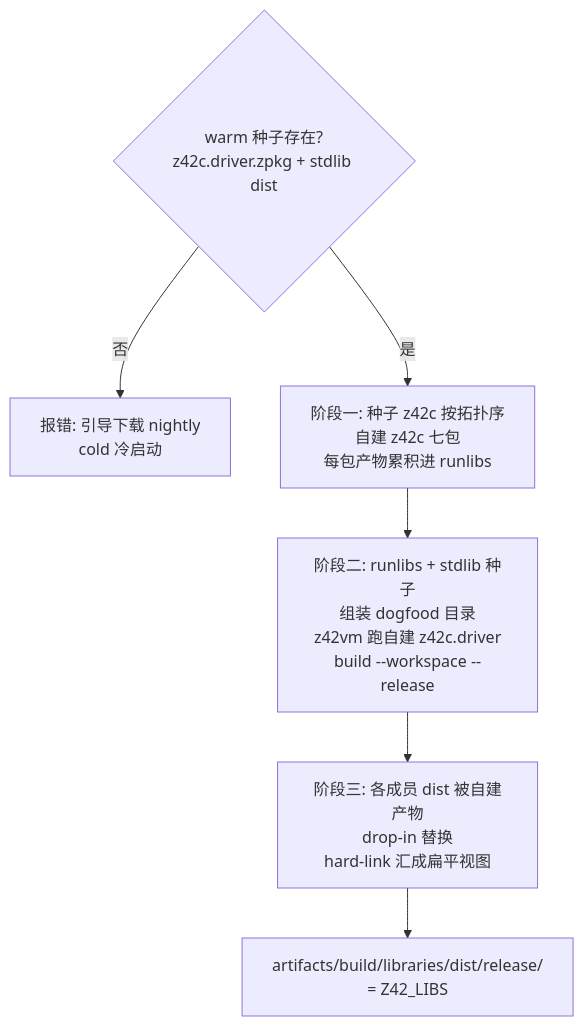
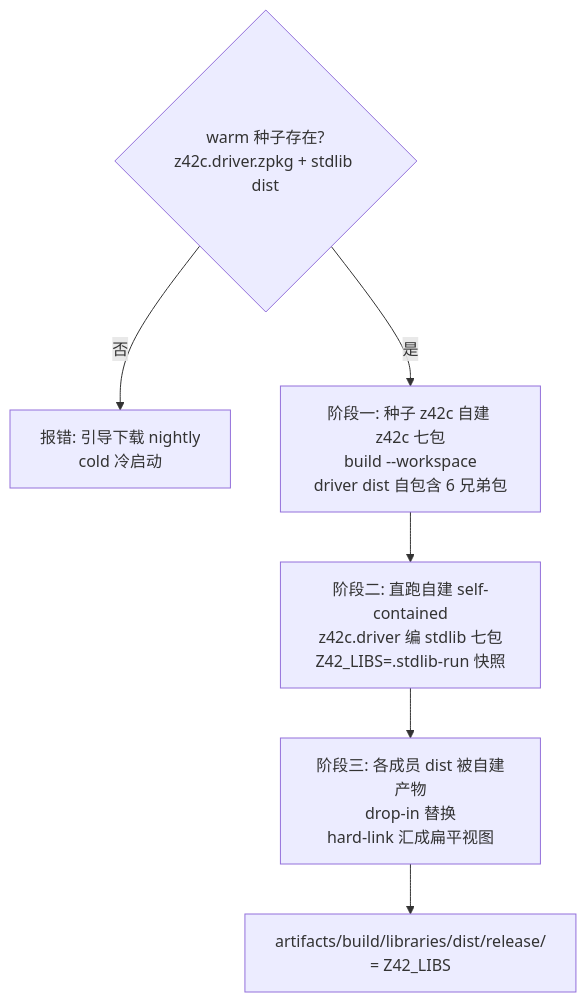
One commit to z42-lang/z42 changed the first of 2 diagrams in docs/book/src/dev/build.md. Above: the diagram before and after it, drawn with Mermaid. The commit also changed other lines of this file and 14 other files, not shown here.

````diff
--- a/docs/book/src/dev/build.md
+++ b/docs/book/src/dev/build.md
@@ -31,8 +31,8 @@
 ```mermaid
 graph TD
     S{warm 种子存在?<br/>z42c.driver.zpkg + stdlib dist} -->|否| ERR[报错: 引导下载 nightly<br/>cold 冷启动]
-    S -->|是| P1[阶段一: 种子 z42c 按拓扑序<br/>自建 z42c 七包<br/>每包产物累积进 runlibs]
-    P1 --> P2[阶段二: runlibs + stdlib 种子<br/>组装 dogfood 目录<br/>z42vm 跑自建 z42c.driver<br/>build --workspace --release]
+    S -->|是| P1[阶段一: 种子 z42c 自建 z42c 七包<br/>build --workspace<br/>driver dist 自包含 6 兄弟包]
+    P1 --> P2[阶段二: 直跑自建 self-contained<br/>z42c.driver 编 stdlib 七包<br/>Z42_LIBS=.stdlib-run 快照]
     P2 --> P3[阶段三: 各成员 dist 被自建产物<br/>drop-in 替换<br/>hard-link 汇成扁平视图]
     P3 --> OUT[artifacts/build/libraries/dist/release/<br/>= Z42_LIBS]
 ```
````
